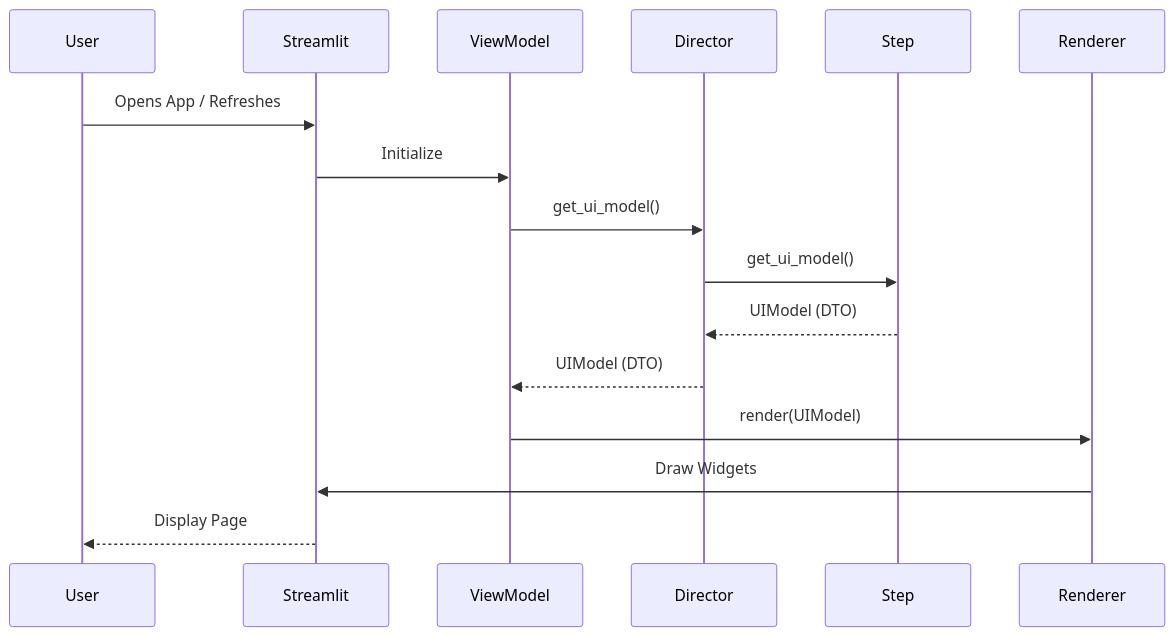
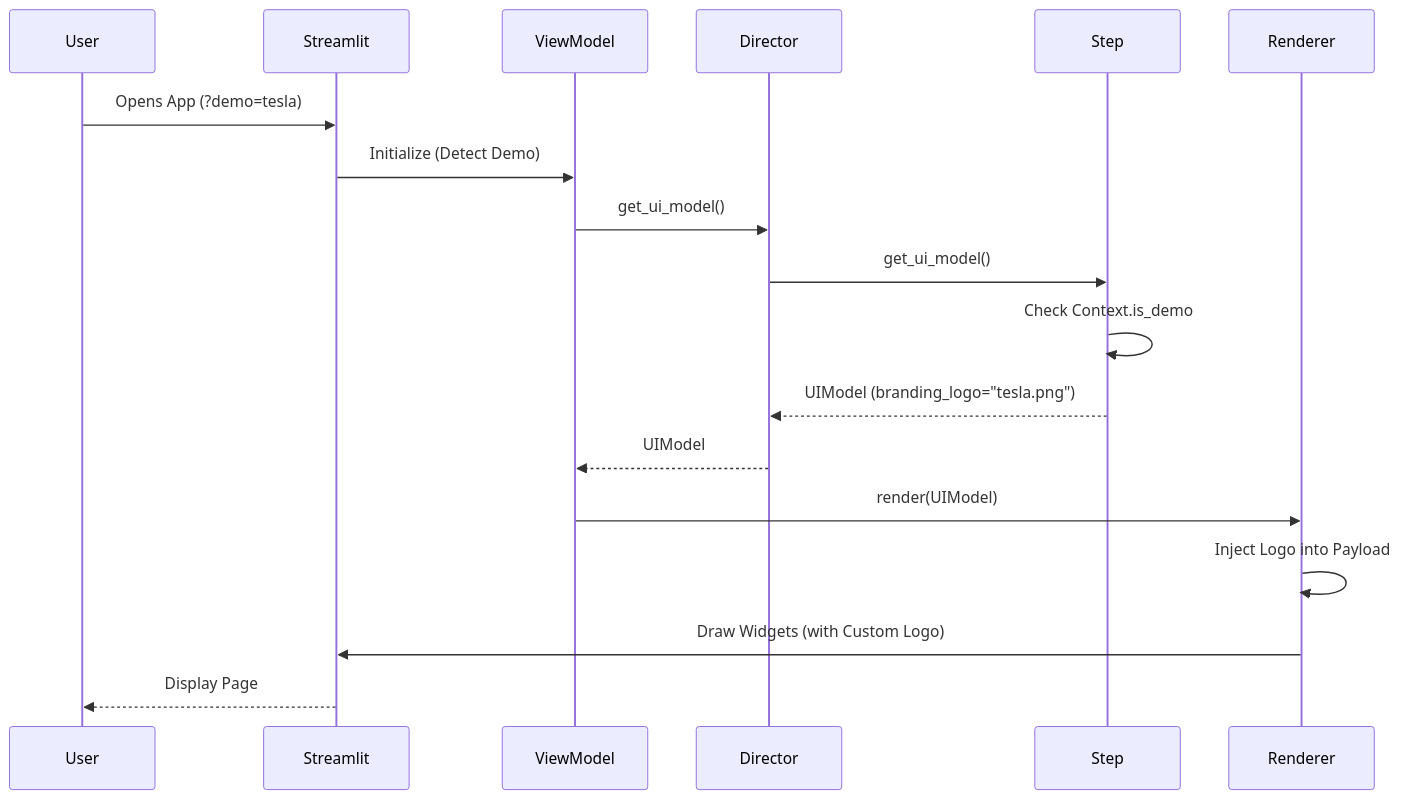
Before and after one commit to m1981/forklift-quiz: diagram 11 of 12 in doc/00-architecture.md, drawn with Mermaid. The commit also changed other lines of this file and 3 other files, not shown here.

Commit message:
feat: add demo mode branding & Supabase support

````diff
--- a/doc/00-architecture.md
+++ b/doc/00-architecture.md
@@ -430,19 +448,24 @@
 ```mermaid
 sequenceDiagram
     participant User
     participant Streamlit
     participant ViewModel
     participant Director
     participant Step
     participant Renderer
 
-    User->>Streamlit: Opens App / Refreshes
-    Streamlit->>ViewModel: Initialize
+    User->>Streamlit: Opens App (?demo=tesla)
+    Streamlit->>ViewModel: Initialize (Detect Demo)
     ViewModel->>Director: get_ui_model()
     Director->>Step: get_ui_model()
-    Step-->>Director: UIModel (DTO)
-    Director-->>ViewModel: UIModel (DTO)
+
+    Step->>Step: Check Context.is_demo
+    Step-->>Director: UIModel (branding_logo="tesla.png")
+
+    Director-->>ViewModel: UIModel
     ViewModel->>Renderer: render(UIModel)
-    Renderer->>Streamlit: Draw Widgets
+
+    Renderer->>Renderer: Inject Logo into Payload
+    Renderer->>Streamlit: Draw Widgets (with Custom Logo)
     Streamlit-->>User: Display Page
 ```
````
